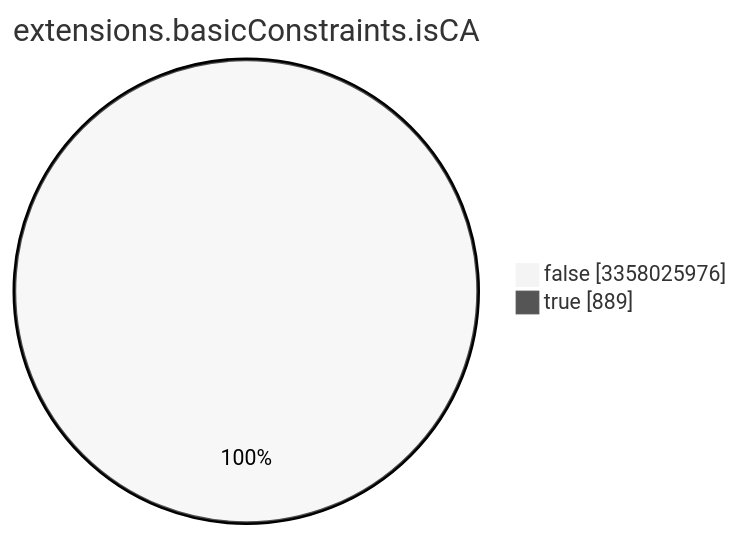
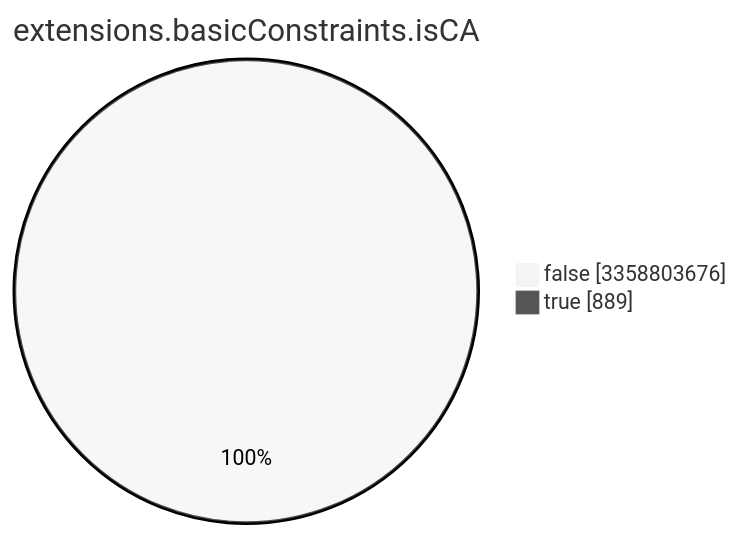
Before and after one commit to christiankrug/ctmonitor_visualization: the seventh of 15 diagrams in TOTAL/README.md, drawn with Mermaid (neutral theme). The commit also changed other lines of this file, not shown here.

````diff
--- a/TOTAL/README.md
+++ b/TOTAL/README.md
@@ -3090,6 +3090,6 @@
 ```mermaid
 pie showData
 title extensions.basicConstraints.isCA
-"false" :3358025976
+"false" :3358803676
 "true" :889
 ```
````
